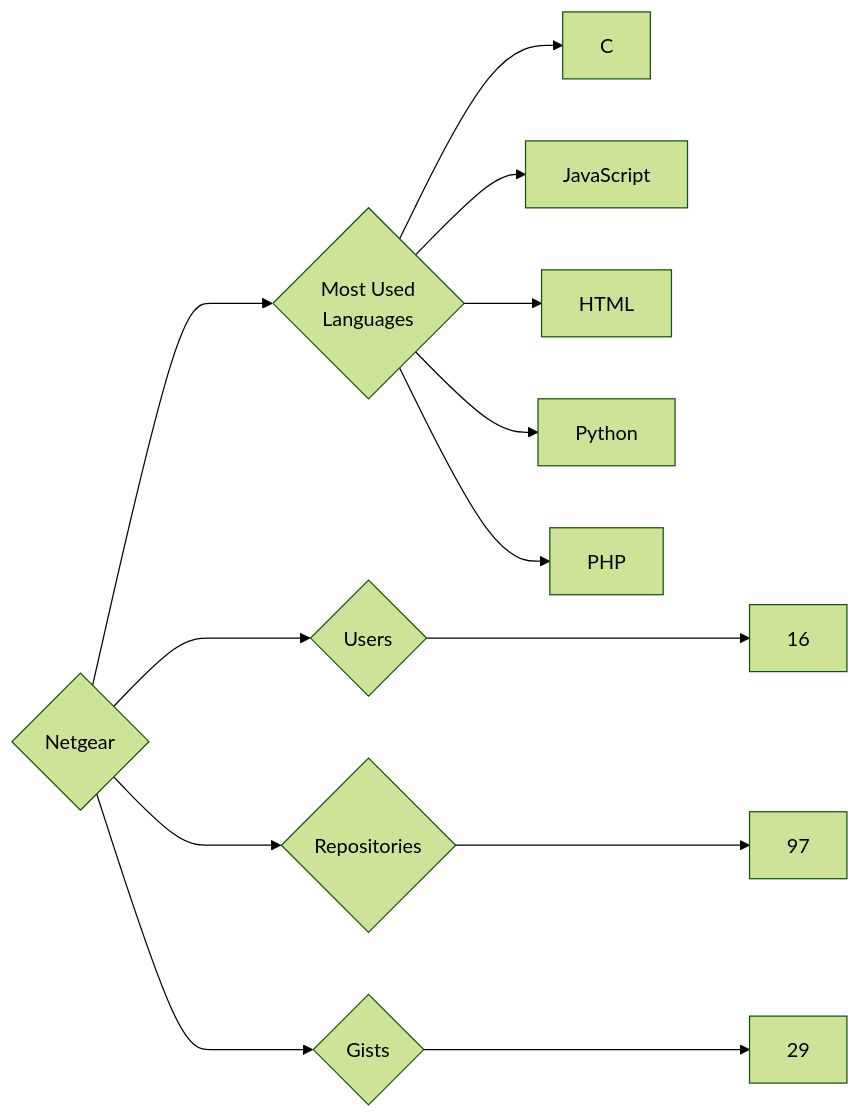
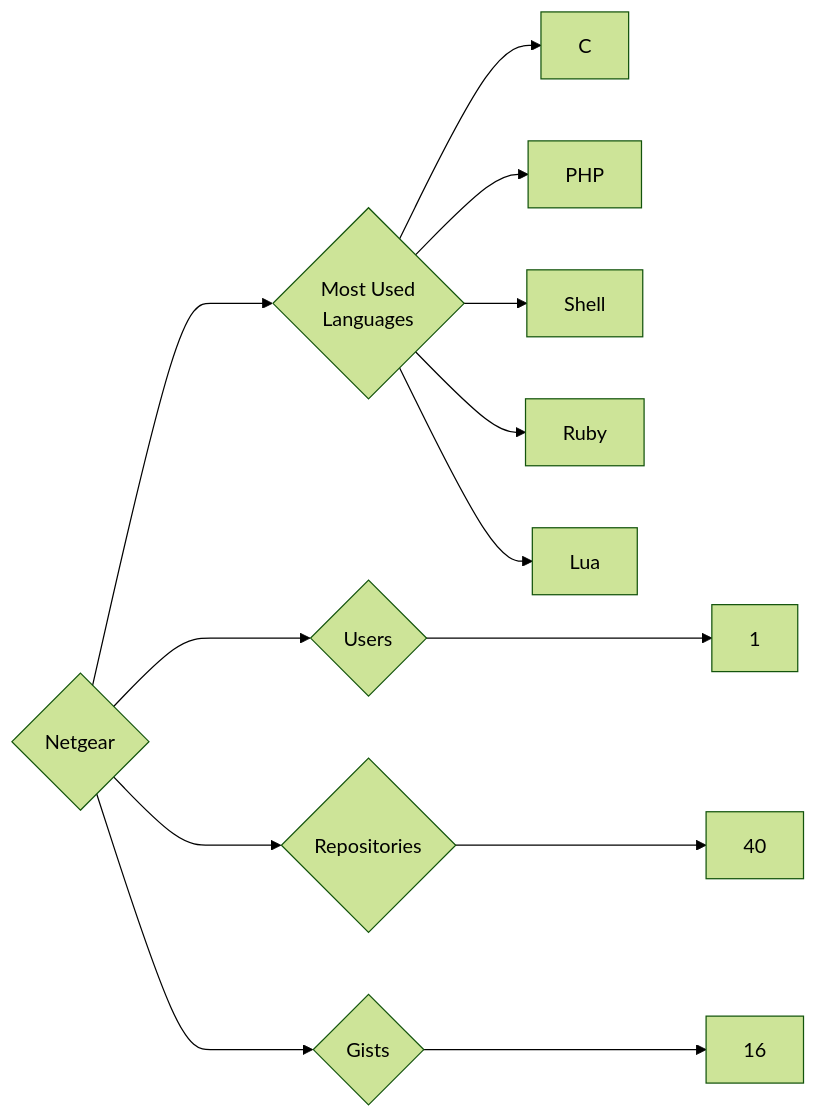
One commit to trickest/insiders changed the diagram in targets/Netgear/README.md. Above: the diagram before and after it, drawn with Mermaid (forest theme). The commit also changed 940 other files, not shown here.

````diff
--- a/targets/Netgear/README.md
+++ b/targets/Netgear/README.md
@@ -3,13 +3,13 @@
 ```mermaid
 graph LR
 COMPANY_NAME{Netgear}
-COMPANY_NAME ---> U{Users} ---> UN[16]
-COMPANY_NAME ---> R{Repositories} ---> RN[97]
-COMPANY_NAME ---> G{Gists} ---> GN[29]
+COMPANY_NAME ---> U{Users} ---> UN[1]
+COMPANY_NAME ---> R{Repositories} ---> RN[40]
+COMPANY_NAME ---> G{Gists} ---> GN[16]
 COMPANY_NAME ---> ML{Most Used<br>Languages}
 ML --> C[C]
-ML --> JavaScript[JavaScript]
-ML --> HTML[HTML]
-ML --> Python[Python]
 ML --> PHP[PHP]
+ML --> Shell[Shell]
+ML --> Ruby[Ruby]
+ML --> Lua[Lua]
 ```
````
